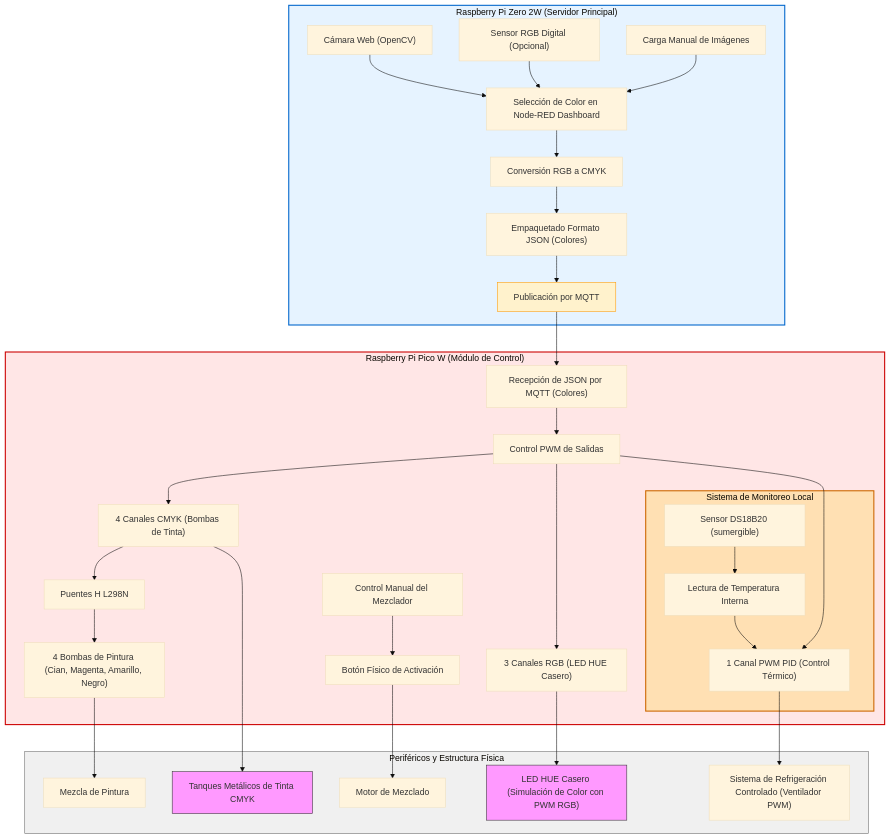
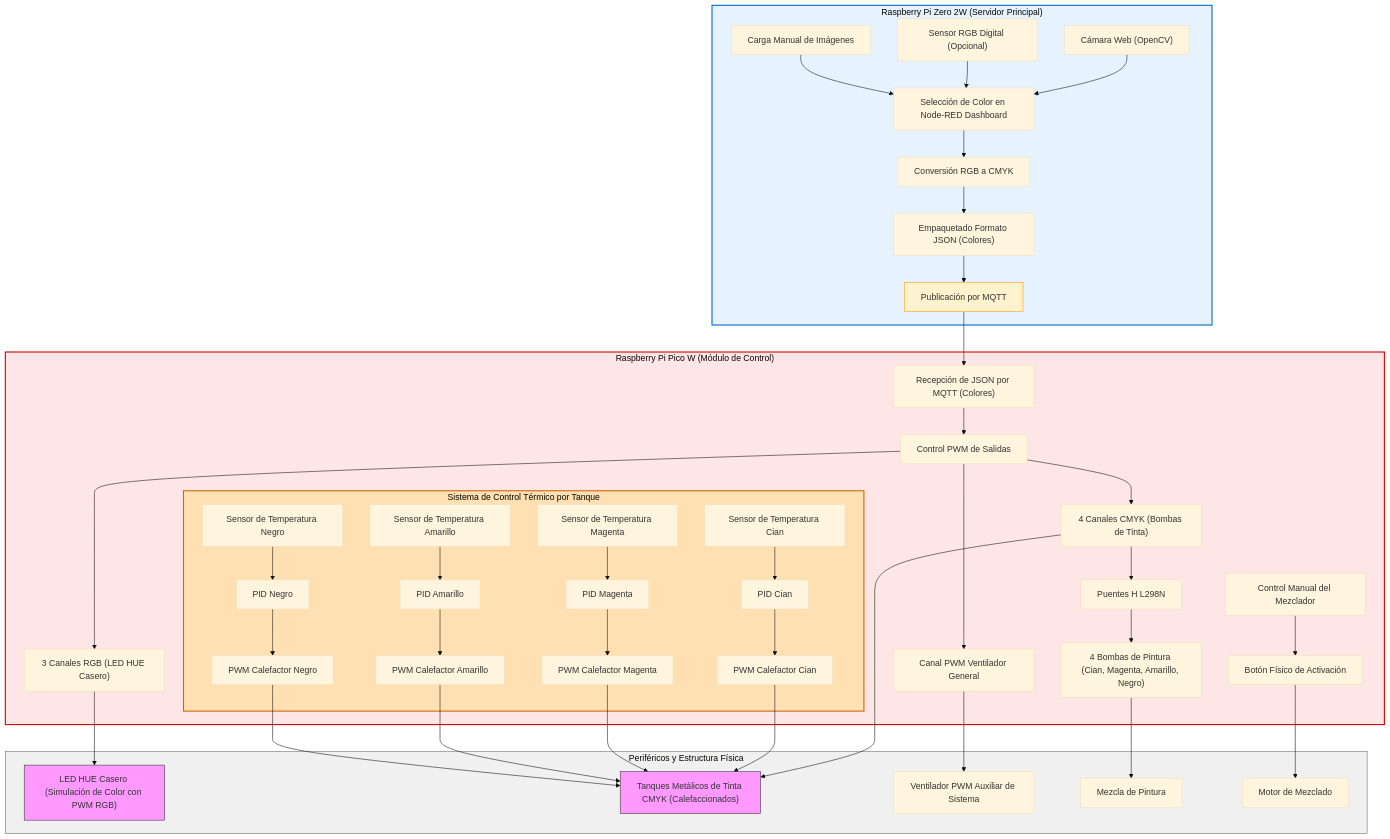
Before and after one commit to juandsandoval8/ChromaPID: the diagram in diagrama_MQTT.md, drawn with Mermaid (base theme).

````diff
--- a/diagrama_MQTT.md
+++ b/diagrama_MQTT.md
@@ -1,54 +1,67 @@
 ```mermaid
 flowchart TD
     %% ================= MAESTRO (Raspberry Pi Zero 2W) =================
     subgraph Maestro["Raspberry Pi Zero 2W (Servidor Principal)"]
         A["Cámara Web (OpenCV)"] --> B["Selección de Color en Node-RED Dashboard"]
         C["Sensor RGB Digital (Opcional)"] --> B
         D["Carga Manual de Imágenes"] --> B
         B --> E["Conversión RGB a CMYK"]
         E --> F["Empaquetado Formato JSON (Colores)"]
         F --> G["Publicación por MQTT"]
     end
 
     %% ================= ESCLAVO (Raspberry Pi Pico W) =================
     subgraph Esclavo["Raspberry Pi Pico W (Módulo de Control)"]
         G --> H["Recepción de JSON por MQTT (Colores)"]
         H --> I["Control PWM de Salidas"]
 
         %% PWM
         I --> M["4 Canales CMYK (Bombas de Tinta)"]
         I --> N["3 Canales RGB (LED HUE Casero)"]
-        I --> O["1 Canal PWM PID (Control Térmico)"]
 
-        %% Lectura de Temperatura (Local)
-        subgraph Temperatura["Sistema de Monitoreo Local"]
-            J["Sensor DS18B20 (sumergible)"] --> P["Lectura de Temperatura Interna"]
-            P --> O
+        %% Temperatura - Control Independiente
+        subgraph Temperatura["Sistema de Control Térmico por Tanque"]
+            J1["Sensor de Temperatura Cian"] --> P1["PID Cian"]
+            J2["Sensor de Temperatura Magenta"] --> P2["PID Magenta"]
+            J3["Sensor de Temperatura Amarillo"] --> P3["PID Amarillo"]
+            J4["Sensor de Temperatura Negro"] --> P4["PID Negro"]
+
+            P1 --> T1["PWM Calefactor Cian"]
+            P2 --> T2["PWM Calefactor Magenta"]
+            P3 --> T3["PWM Calefactor Amarillo"]
+            P4 --> T4["PWM Calefactor Negro"]
         end
 
         %% Bombas
         M --> R["Puentes H L298N"]
         R --> S["4 Bombas de Pintura (Cian, Magenta, Amarillo, Negro)"]
 
         %% Mezclador
-        L["Control Manual del Mezclador"] --> T["Botón Físico de Activación"]
+        L["Control Manual del Mezclador"] --> Z["Botón Físico de Activación"]
+
+        %% Ventilador Auxiliar
+        I --> O["Canal PWM Ventilador General"]
     end
 
     %% ================= PERIFÉRICOS =================
     subgraph Periféricos["Periféricos y Estructura Física"]
         N --> U["LED HUE Casero (Simulación de Color con PWM RGB)"]
-        M --> V["Tanques Metálicos de Tinta CMYK"]
-        O --> W["Sistema de Refrigeración Controlado (Ventilador PWM)"]
+        M --> V["Tanques Metálicos de Tinta CMYK (Calefaccionados)"]
+        T1 --> V
+        T2 --> V
+        T3 --> V
+        T4 --> V
+        O --> W["Ventilador PWM Auxiliar de Sistema"]
         S --> Y["Mezcla de Pintura"]
-        T --> Z["Motor de Mezclado"]
+        Z --> X["Motor de Mezclado"]
     end
 
     %% ================= ESTILOS =================
     style Maestro fill:#e6f3ff,stroke:#0066cc,stroke-width:2px
     style Esclavo fill:#ffe6e6,stroke:#cc0000,stroke-width:2px
     style Temperatura fill:#ffe0b3,stroke:#cc6600,stroke-width:2px
     style Periféricos fill:#f0f0f0,stroke:#666,stroke-width:1px
     style G fill:#fff2cc,stroke:#ff9900,stroke-width:1px
     style V fill:#f9f,stroke:#333
     style U fill:#f9f,stroke:#333
 ```
````
